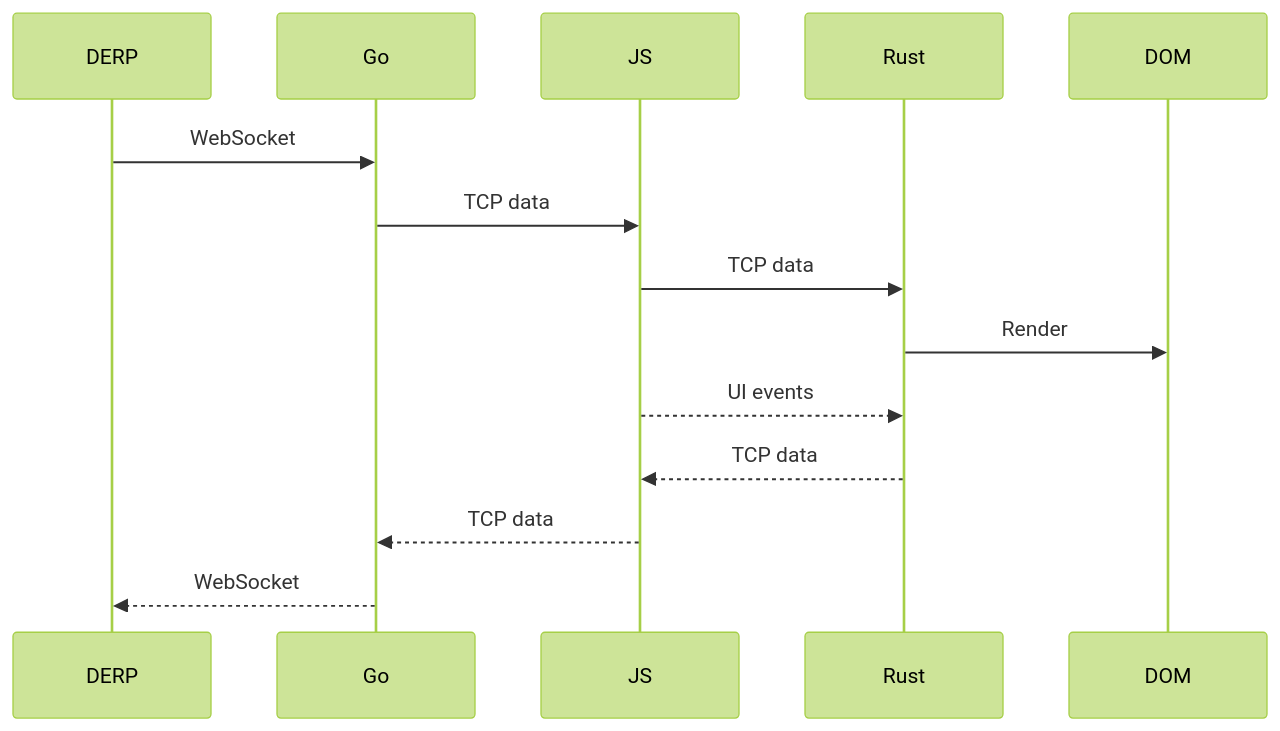
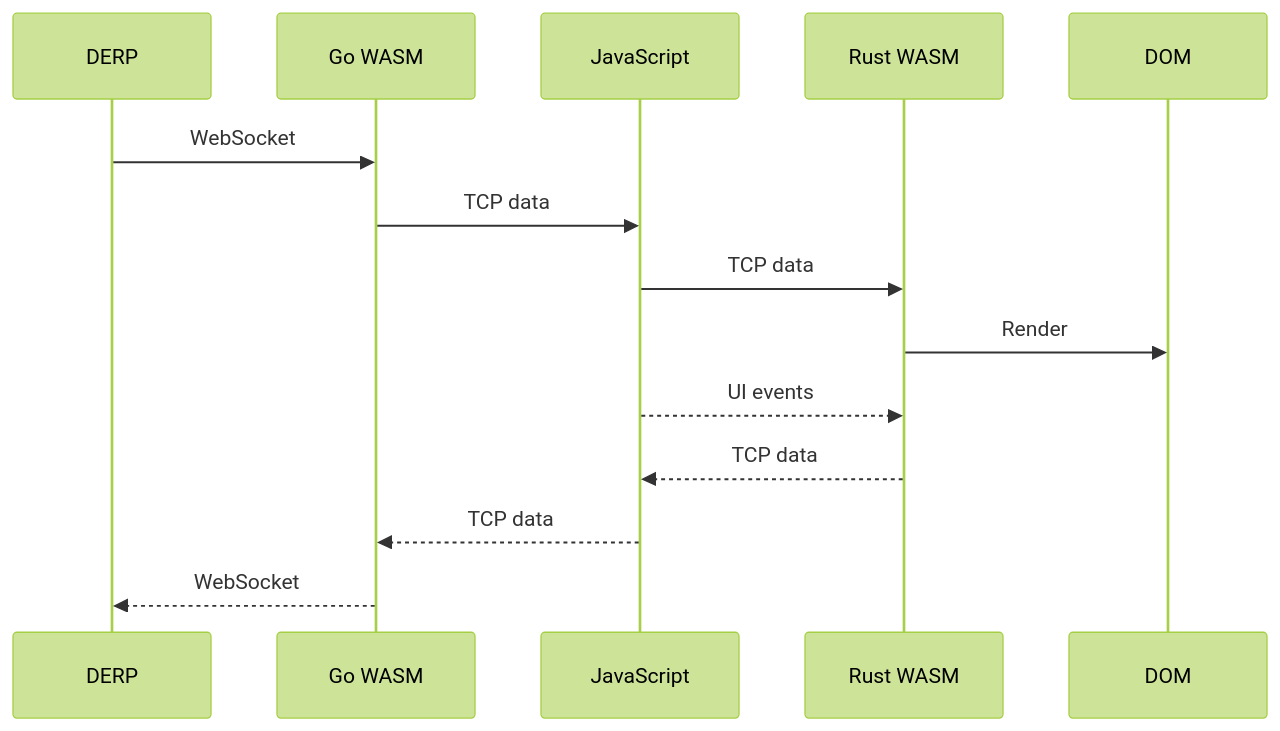
The fourth of 5 diagrams in README.md (rickli-cloud/headscale-console), drawn with Mermaid (forest theme) before and after one commit. The commit also changed other lines of this file and 1 other file, not shown here.

````diff
--- a/README.md
+++ b/README.md
@@ -179,12 +229,18 @@
 ```mermaid
 sequenceDiagram
-    DERP ->> Go: WebSocket
-    Go ->> JS: TCP data
-    JS ->> Rust: TCP data
-    Rust ->> DOM: Render
+    Participant derp as DERP
+    Participant go as Go WASM
+    Participant js as JavaScript
+    Participant rust as Rust WASM
+    Participant dom as DOM
 
-    JS -->> Rust: UI events
-    Rust -->> JS: TCP data
-    JS -->> Go: TCP data
-    Go -->> DERP: WebSocket
+    derp ->> go: WebSocket
+    go ->> js: TCP data
+    js ->> rust: TCP data
+    rust ->> dom: Render
+
+    js -->> rust: UI events
+    rust -->> js: TCP data
+    js -->> go: TCP data
+    go -->> derp: WebSocket
 ```
````
